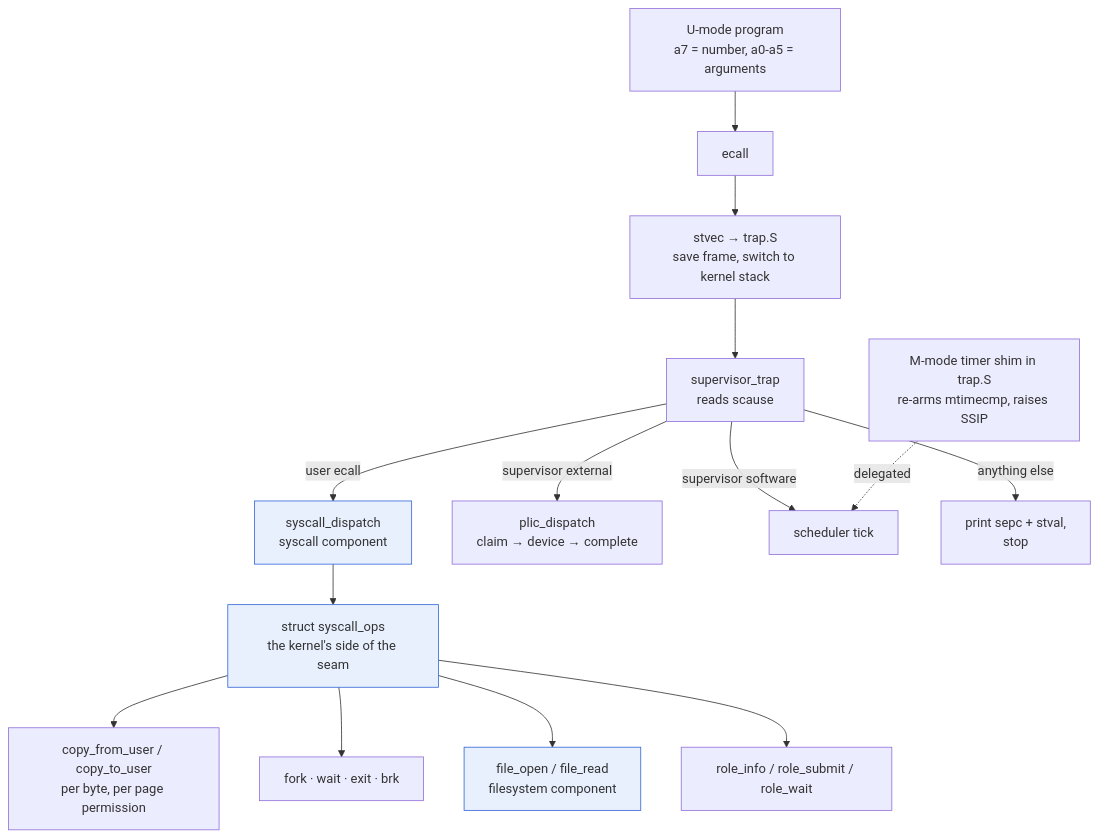
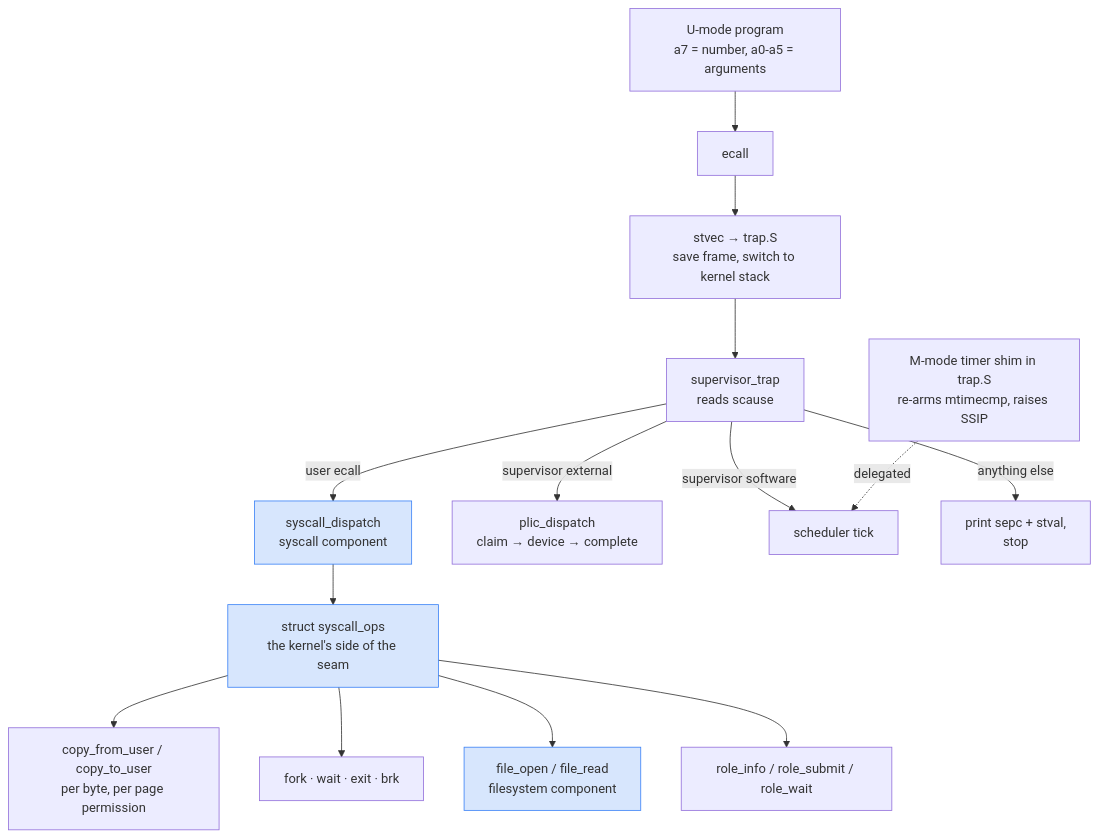
Before and after one commit to Scynth-Labs/atomiX: the diagram in docs/abi.md, drawn with Mermaid. The commit also changed 5 other files, not shown here.

Commit message:
Update diagram styles for consistency across documentation

````diff
--- a/docs/abi.md
+++ b/docs/abi.md
@@ -106,25 +106,25 @@
 ```mermaid
 flowchart TB
   user["U-mode program<br/>a7 = number, a0-a5 = arguments"]
   ecall["ecall"]
   stvec["stvec → trap.S<br/>save frame, switch to kernel stack"]
   strap["supervisor_trap<br/>reads scause"]
 
   user --> ecall --> stvec --> strap
 
   strap -->|"user ecall"| disp["syscall_dispatch<br/>syscall component"]
   strap -->|"supervisor external"| plic["plic_dispatch<br/>claim → device → complete"]
   strap -->|"supervisor software"| sched["scheduler tick"]
   strap -->|"anything else"| fault["print sepc + stval,<br/>stop"]
 
   disp --> ops["struct syscall_ops<br/>the kernel's side of the seam"]
   ops --> k1["copy_from_user / copy_to_user<br/>per byte, per page permission"]
   ops --> k2["fork · wait · exit · brk"]
   ops --> k3["file_open / file_read<br/>filesystem component"]
   ops --> k4["role_info / role_submit / role_wait"]
 
   mshim["M-mode timer shim in trap.S<br/>re-arms mtimecmp, raises SSIP"] -.->|"delegated"| sched
 
-  classDef comp fill:#e8f0fe,stroke:#3367d6
+  classDef comp fill:#3b82f633,stroke:#3b82f6
   class disp,ops,k3 comp
 ```
````
